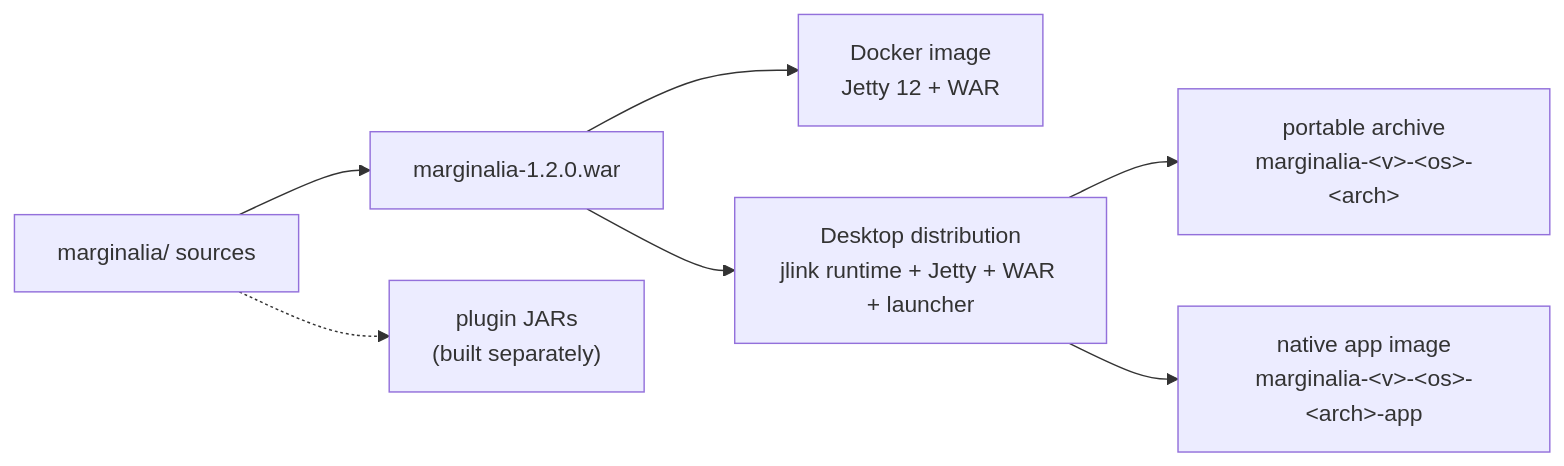
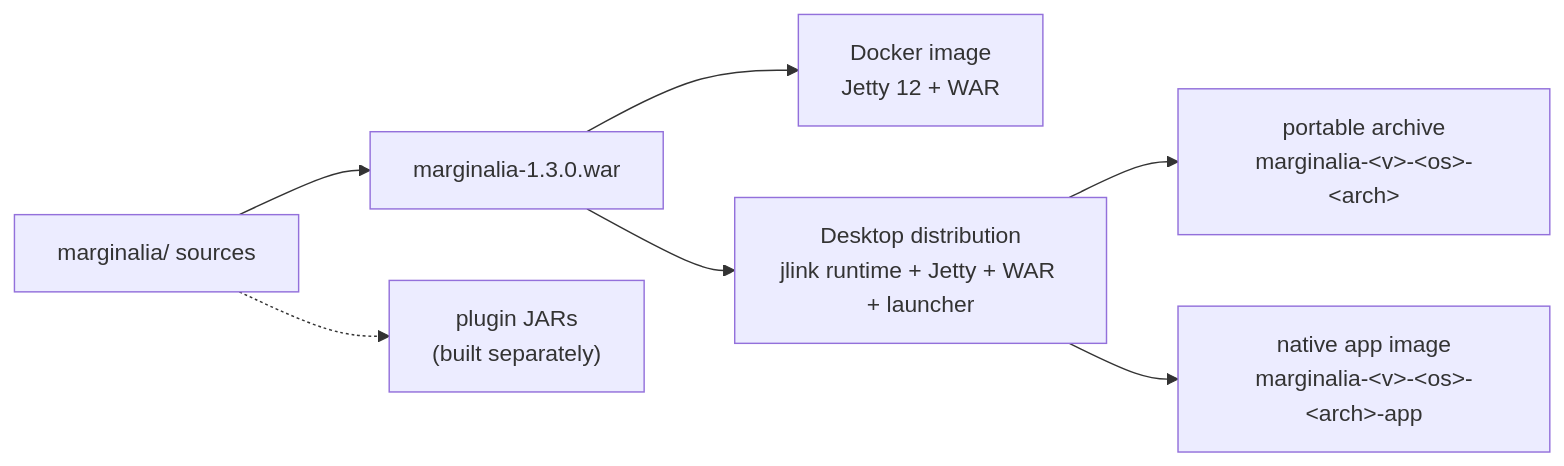
The first of 3 diagrams in docs/developer/packaging.md (Enerccio/Marginalia), drawn with Mermaid before and after one commit. The commit also changed other lines of this file and 107 other files, not shown here.

````diff
--- a/docs/developer/packaging.md
+++ b/docs/developer/packaging.md
@@ -7,9 +7,9 @@
 ```mermaid
 flowchart LR
-    src["marginalia/ sources"] --> war["marginalia-1.2.0.war"]
+    src["marginalia/ sources"] --> war["marginalia-1.3.0.war"]
     war --> docker["Docker image<br/>Jetty 12 + WAR"]
     war --> desktop["Desktop distribution<br/>jlink runtime + Jetty + WAR + launcher"]
     desktop --> portable["portable archive<br/>marginalia-&lt;v&gt;-&lt;os&gt;-&lt;arch&gt;"]
     desktop --> appimage["native app image<br/>marginalia-&lt;v&gt;-&lt;os&gt;-&lt;arch&gt;-app"]
     src -.-> plugins["plugin JARs<br/>(built separately)"]
 ```
````
